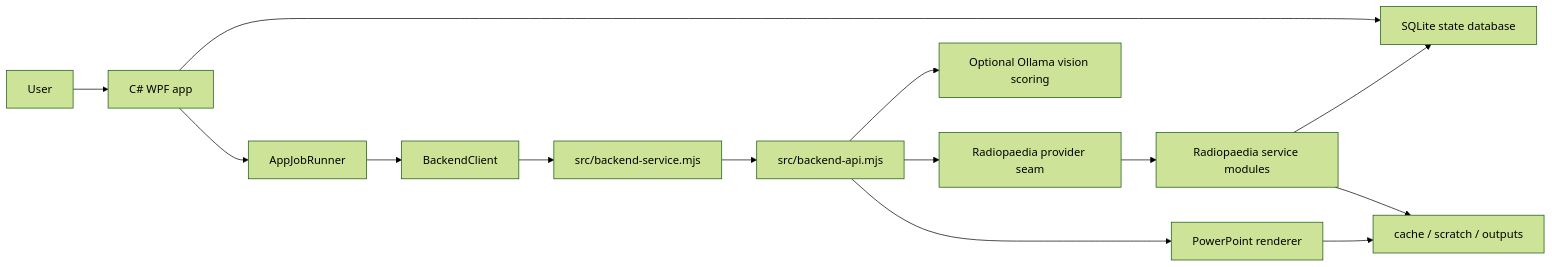
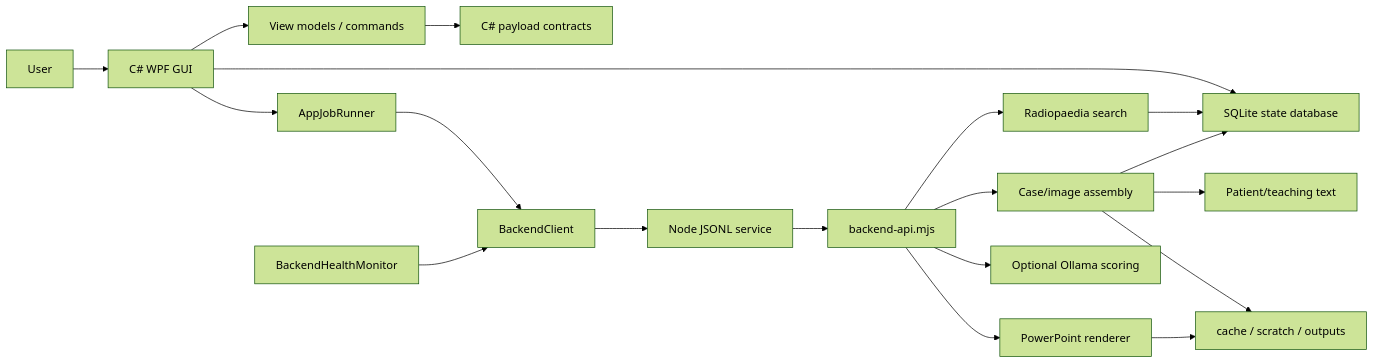
One commit to funwithcthulhu/radiology-ppt changed the first of 2 diagrams in docs/ARCHITECTURE.md. Above: the diagram before and after it, drawn with Mermaid (forest theme). The commit also changed other lines of this file and 11 other files, not shown here.

````diff
--- a/docs/ARCHITECTURE.md
+++ b/docs/ARCHITECTURE.md
@@ -5,29 +5,38 @@
 ```mermaid
 flowchart LR
   User["User"]
-  WPF["C# WPF app"]
+  WPF["C# WPF GUI"]
+  VM["View models / commands"]
   Jobs["AppJobRunner"]
   Storage["SQLite state database"]
-  Backend["BackendClient"]
-  Service["src/backend-service.mjs"]
-  API["src/backend-api.mjs"]
-  Provider["Radiopaedia provider seam"]
-  RP["Radiopaedia service modules"]
-  Deck["PowerPoint renderer"]
-  Ollama["Optional Ollama vision scoring"]
+  Contracts["C# payload contracts"]
+  Client["BackendClient"]
+  Health["BackendHealthMonitor"]
+  Service["Node JSONL service"]
+  API["backend-api.mjs"]
+  Search["Radiopaedia search"]
+  Fetch["Case/image assembly"]
+  Text["Patient/teaching text"]
+  PPT["PowerPoint renderer"]
+  Ollama["Optional Ollama scoring"]
   Files["cache / scratch / outputs"]
 
   User --> WPF
+  WPF --> VM
   WPF --> Jobs
   WPF --> Storage
-  Jobs --> Backend
-  Backend --> Service
+  VM --> Contracts
+  Jobs --> Client
+  Health --> Client
+  Client --> Service
   Service --> API
-  API --> Provider
-  Provider --> RP
-  API --> Deck
+  API --> Search
+  API --> Fetch
+  Fetch --> Text
+  API --> PPT
   API --> Ollama
-  RP --> Storage
-  RP --> Files
-  Deck --> Files
+  Search --> Storage
+  Fetch --> Storage
+  Fetch --> Files
+  PPT --> Files
 ```
````
